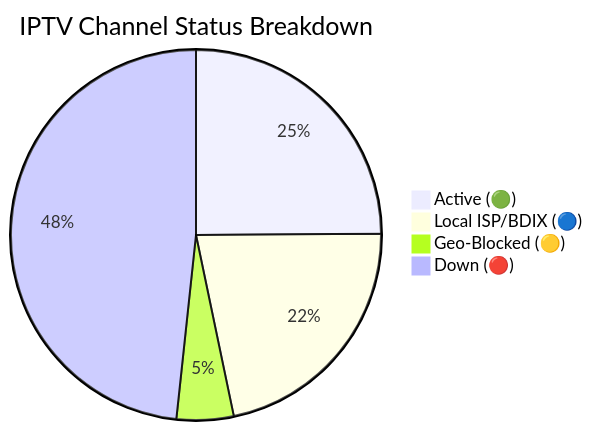
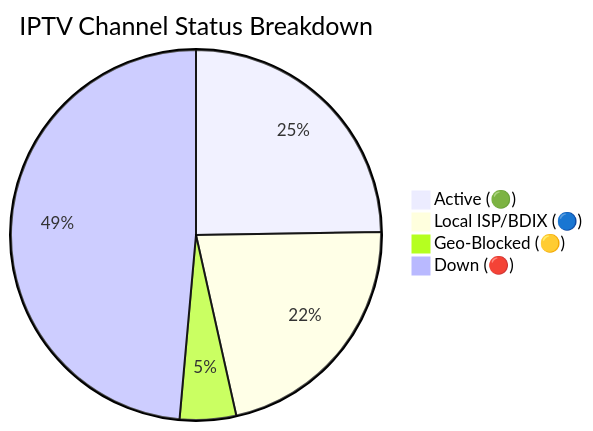
One commit to Zaman-Topu/Ip-tv-Collection changed the diagram in README.md. Above: the diagram before and after it, drawn with Mermaid. The commit also changed other lines of this file and 6 other files, not shown here.

````diff
--- a/README.md
+++ b/README.md
@@ -118,7 +118,7 @@
 ```mermaid
 pie title IPTV Channel Status Breakdown
-    "Active (🟢)" : 10219
+    "Active (🟢)" : 10188
     "Local ISP/BDIX (🔵)" : 8961
-    "Geo-Blocked (🟡)" : 2040
-    "Down (🔴)" : 19830
+    "Geo-Blocked (🟡)" : 2024
+    "Down (🔴)" : 20004
 ```
````
